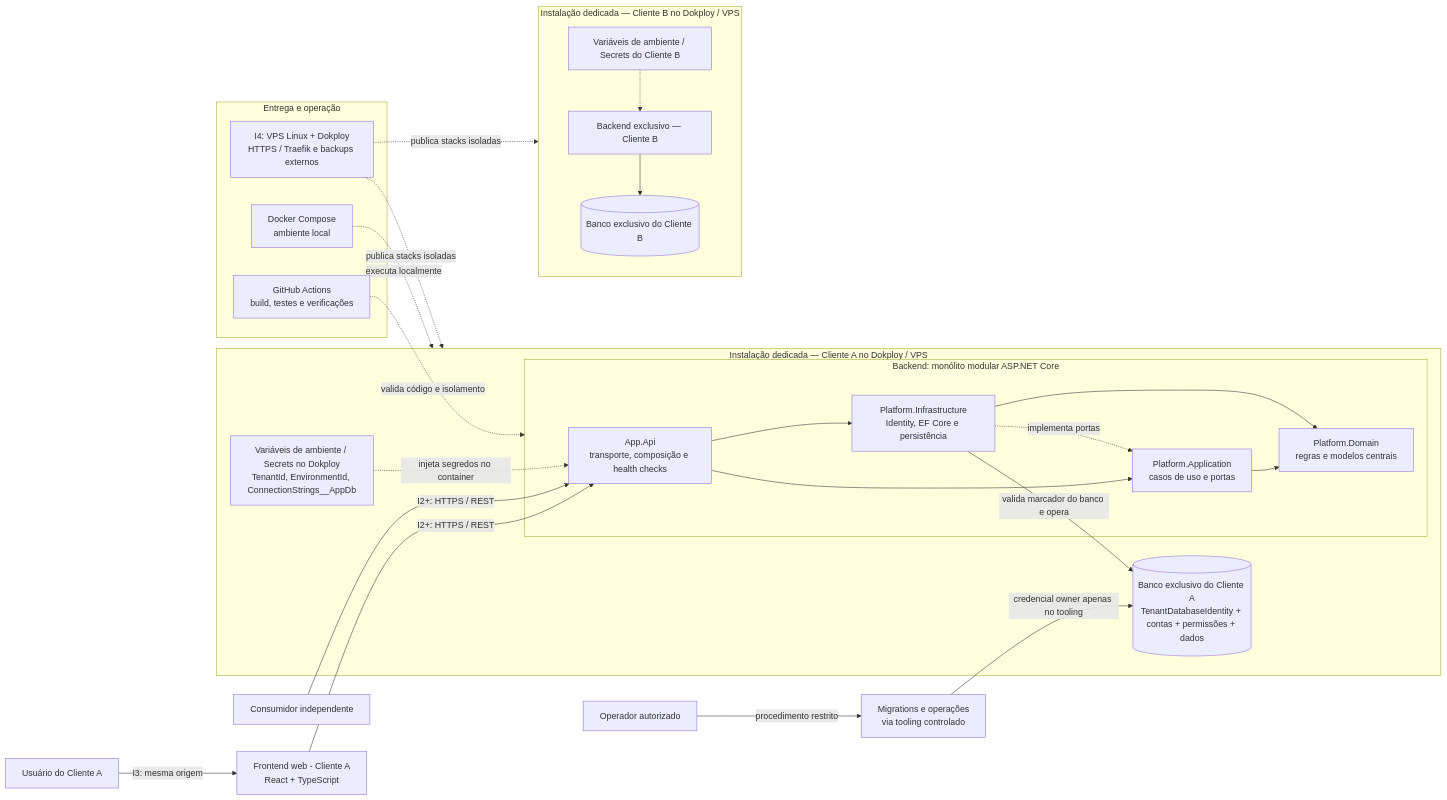
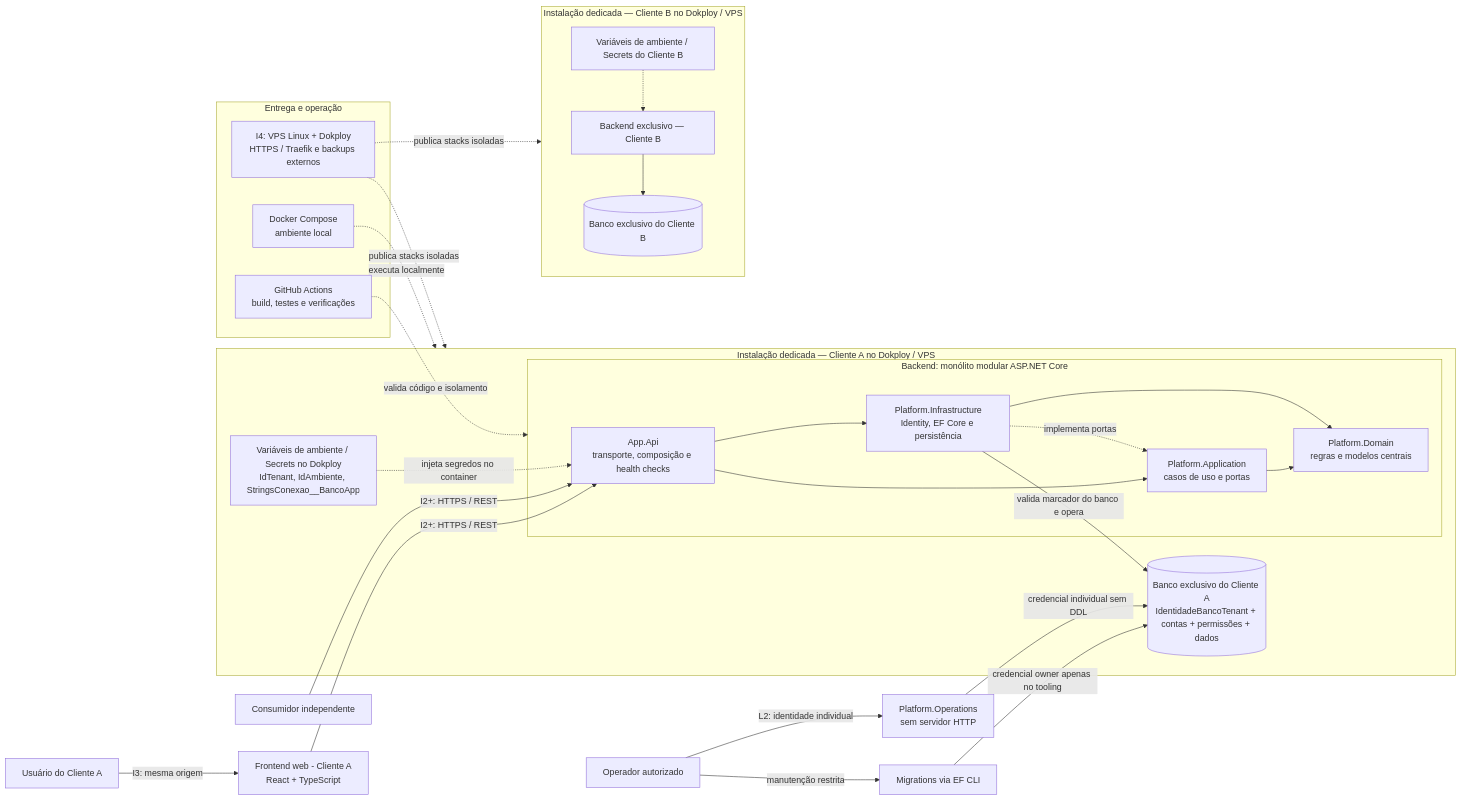
The first of 3 diagrams in specs/001-fullstack-foundation/architecture.md (EduardoMichetti/boilerplate-react-dotnet-sdd), drawn with Mermaid before and after one commit. The commit also changed other lines of this file and 10 other files, not shown here.

````diff
--- a/specs/001-fullstack-foundation/architecture.md
+++ b/specs/001-fullstack-foundation/architecture.md
@@ -10,46 +10,48 @@
 ```mermaid
 flowchart LR
     UserA[Usuário do Cliente A] -->|I3: mesma origem| WebA[Frontend web - Cliente A<br/>React + TypeScript]
     WebA -->|I2+: HTTPS / REST| ApiA
     ConsumerA[Consumidor independente] -->|I2+: HTTPS / REST| ApiA
-    Operator[Operador autorizado] -->|procedimento restrito| OpsA[Migrations e operações<br/>via tooling controlado]
+    Operator[Operador autorizado] -->|manutenção restrita| OpsA[Migrations via EF CLI]
+    Operator -->|L2: identidade individual| AccessOpsA[Platform.Operations<br/>sem servidor HTTP]
 
     subgraph StackA[Instalação dedicada — Cliente A no Dokploy / VPS]
-        EnvA[Variáveis de ambiente / Secrets no Dokploy<br/>TenantId, EnvironmentId, ConnectionStrings__AppDb]
+        EnvA[Variáveis de ambiente / Secrets no Dokploy<br/>IdTenant, IdAmbiente, StringsConexao__BancoApp]
         subgraph BackendA[Backend: monólito modular ASP.NET Core]
             ApiA[App.Api<br/>transporte, composição e health checks]
             AppA[Platform.Application<br/>casos de uso e portas]
             DomainA[Platform.Domain<br/>regras e modelos centrais]
             InfraA[Platform.Infrastructure<br/>Identity, EF Core e persistência]
 
             ApiA --> AppA
             AppA --> DomainA
             InfraA -. implementa portas .-> AppA
             InfraA --> DomainA
         end
-        DbA[(Banco exclusivo do Cliente A<br/>TenantDatabaseIdentity + contas + permissões + dados)]
+        DbA[(Banco exclusivo do Cliente A<br/>IdentidadeBancoTenant + contas + permissões + dados)]
     end
 
     EnvA -. injeta segredos no container .-> ApiA
     ApiA --> InfraA
     InfraA -->|valida marcador do banco e opera| DbA
     OpsA -->|credencial owner apenas no tooling| DbA
+    AccessOpsA -->|credencial individual sem DDL| DbA
 
     subgraph StackB[Instalação dedicada — Cliente B no Dokploy / VPS]
         EnvB[Variáveis de ambiente / Secrets do Cliente B]
         ApiB[Backend exclusivo — Cliente B]
         DbB[(Banco exclusivo do Cliente B)]
         EnvB -.-> ApiB --> DbB
     end
 
     subgraph Delivery[Entrega e operação]
         CI[GitHub Actions<br/>build, testes e verificações]
         Compose[Docker Compose<br/>ambiente local]
         Deploy[I4: VPS Linux + Dokploy<br/>HTTPS / Traefik e backups externos]
     end
 
     CI -. valida código e isolamento .-> BackendA
     Compose -. executa localmente .-> StackA
     Deploy -. publica stacks isoladas .-> StackA
     Deploy -. publica stacks isoladas .-> StackB
 ```
````
